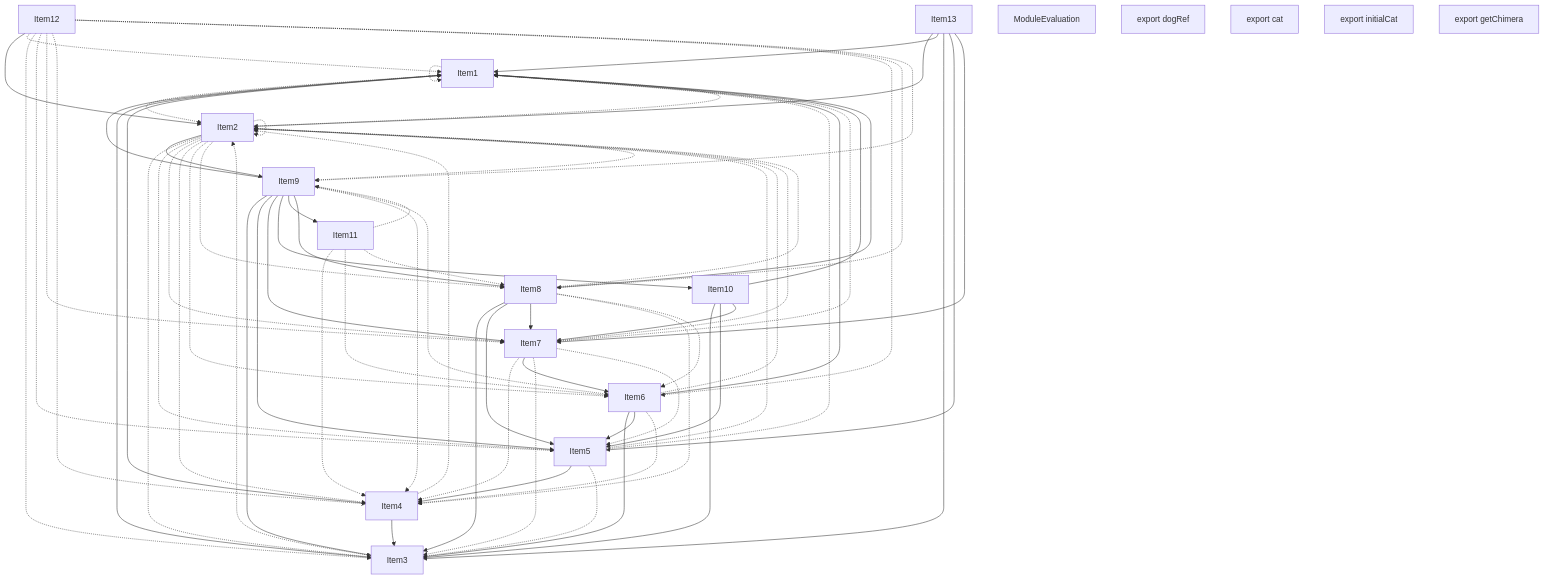
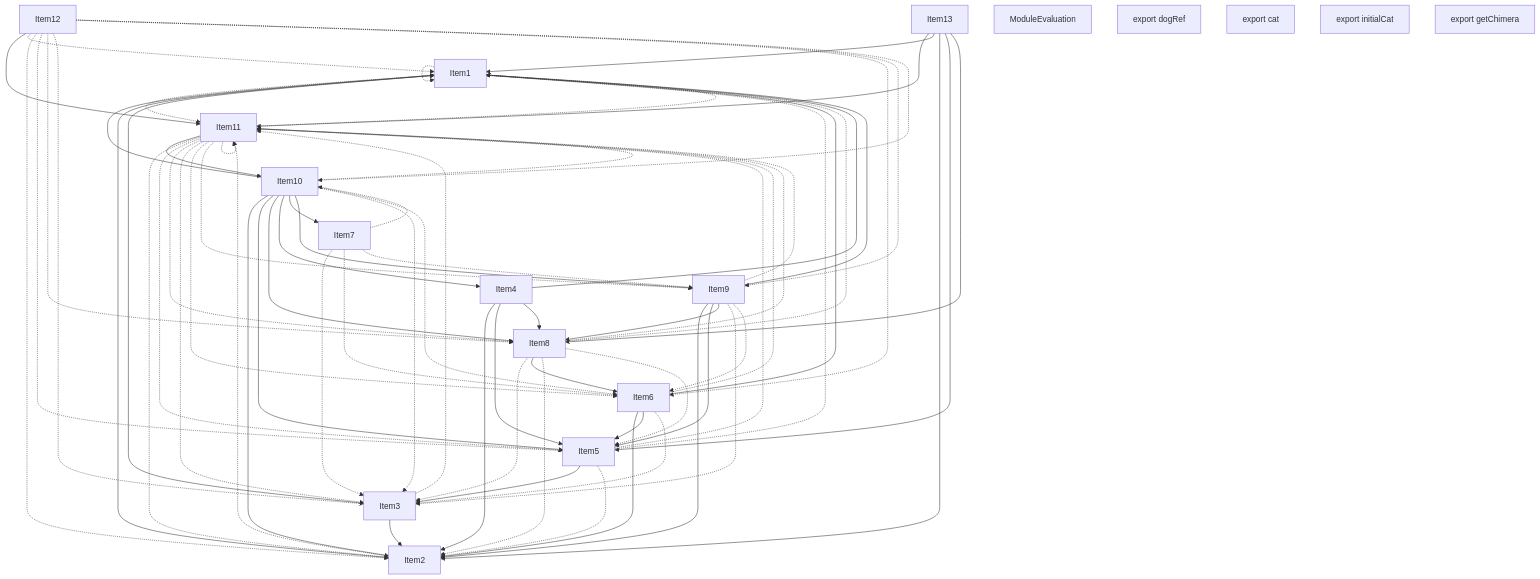
One commit to vercel/turborepo changed the third of 4 diagrams in crates/turbopack-ecmascript/tests/tree-shaker/analyzer/complex/output.md. Above: the diagram before and after it, drawn with Mermaid. The commit also changed other lines of this file and 3 other files, not shown here.

````diff
--- a/crates/turbopack-ecmascript/tests/tree-shaker/analyzer/complex/output.md
+++ b/crates/turbopack-ecmascript/tests/tree-shaker/analyzer/complex/output.md
@@ -282,73 +282,73 @@
     Item18;
     Item18["export getChimera"];
     Item1 -.-> Item1;
-    Item1 -.-> Item2;
+    Item1 -.-> Item11;
+    Item2 --> Item1;
+    Item2 -.-> Item11;
     Item3 --> Item1;
-    Item3 -.-> Item2;
+    Item3 --> Item2;
+    Item3 -.-> Item11;
+    Item5 --> Item3;
+    Item5 -.-> Item1;
+    Item5 -.-> Item2;
+    Item5 -.-> Item11;
+    Item6 --> Item1;
+    Item6 --> Item2;
+    Item6 --> Item5;
+    Item6 -.-> Item3;
+    Item6 -.-> Item11;
+    Item8 -.-> Item3;
+    Item8 --> Item6;
+    Item8 -.-> Item1;
+    Item8 -.-> Item2;
+    Item8 -.-> Item5;
+    Item8 -.-> Item11;
+    Item9 --> Item1;
+    Item9 --> Item2;
+    Item9 --> Item5;
+    Item9 --> Item8;
+    Item9 -.-> Item3;
+    Item9 -.-> Item6;
+    Item9 -.-> Item11;
+    Item10 --> Item1;
+    Item10 --> Item2;
+    Item10 --> Item5;
+    Item10 --> Item8;
+    Item10 --> Item4;
+    Item10 --> Item7;
+    Item10 --> Item9;
+    Item10 -.-> Item3;
+    Item10 -.-> Item6;
+    Item10 -.-> Item11;
+    Item11 --> Item10;
+    Item11 -.-> Item1;
+    Item11 -.-> Item2;
+    Item11 -.-> Item5;
+    Item11 -.-> Item8;
+    Item11 -.-> Item3;
+    Item11 -.-> Item6;
+    Item11 -.-> Item9;
+    Item11 -.-> Item11;
+    Item12 --> Item11;
+    Item12 -.-> Item1;
+    Item12 -.-> Item2;
+    Item12 -.-> Item5;
+    Item12 -.-> Item8;
+    Item12 -.-> Item3;
+    Item12 -.-> Item6;
+    Item12 -.-> Item9;
+    Item12 -.-> Item10;
     Item4 --> Item1;
-    Item4 --> Item3;
-    Item4 -.-> Item2;
-    Item5 --> Item4;
-    Item5 -.-> Item1;
-    Item5 -.-> Item3;
-    Item5 -.-> Item2;
-    Item6 --> Item1;
-    Item6 --> Item3;
-    Item6 --> Item5;
-    Item6 -.-> Item4;
-    Item6 -.-> Item2;
-    Item7 -.-> Item4;
-    Item7 --> Item6;
-    Item7 -.-> Item1;
+    Item4 --> Item2;
+    Item4 --> Item5;
+    Item4 --> Item8;
     Item7 -.-> Item3;
-    Item7 -.-> Item5;
-    Item7 -.-> Item2;
-    Item8 --> Item1;
-    Item8 --> Item3;
-    Item8 --> Item5;
-    Item8 --> Item7;
-    Item8 -.-> Item4;
-    Item8 -.-> Item6;
-    Item8 -.-> Item2;
-    Item9 --> Item1;
-    Item9 --> Item3;
-    Item9 --> Item5;
-    Item9 --> Item7;
-    Item9 --> Item10;
-    Item9 --> Item11;
-    Item9 --> Item8;
-    Item9 -.-> Item4;
-    Item9 -.-> Item6;
-    Item9 -.-> Item2;
-    Item2 --> Item9;
-    Item2 -.-> Item1;
-    Item2 -.-> Item3;
-    Item2 -.-> Item5;
-    Item2 -.-> Item7;
-    Item2 -.-> Item4;
-    Item2 -.-> Item6;
-    Item2 -.-> Item8;
-    Item2 -.-> Item2;
-    Item12 --> Item2;
-    Item12 -.-> Item1;
-    Item12 -.-> Item3;
-    Item12 -.-> Item5;
-    Item12 -.-> Item7;
-    Item12 -.-> Item4;
-    Item12 -.-> Item6;
-    Item12 -.-> Item8;
-    Item12 -.-> Item9;
-    Item10 --> Item1;
-    Item10 --> Item3;
-    Item10 --> Item5;
-    Item10 --> Item7;
-    Item11 -.-> Item4;
-    Item11 -.-> Item6;
-    Item11 -.-> Item8;
-    Item11 -.-> Item9;
+    Item7 -.-> Item6;
+    Item7 -.-> Item9;
+    Item7 -.-> Item10;
+    Item13 --> Item11;
+    Item13 --> Item1;
     Item13 --> Item2;
-    Item13 --> Item1;
-    Item13 --> Item3;
     Item13 --> Item5;
-    Item13 --> Item7;
+    Item13 --> Item8;
 ```
````
